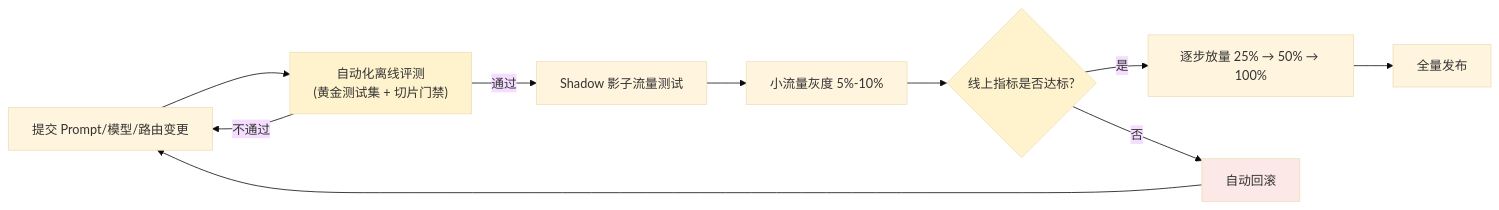
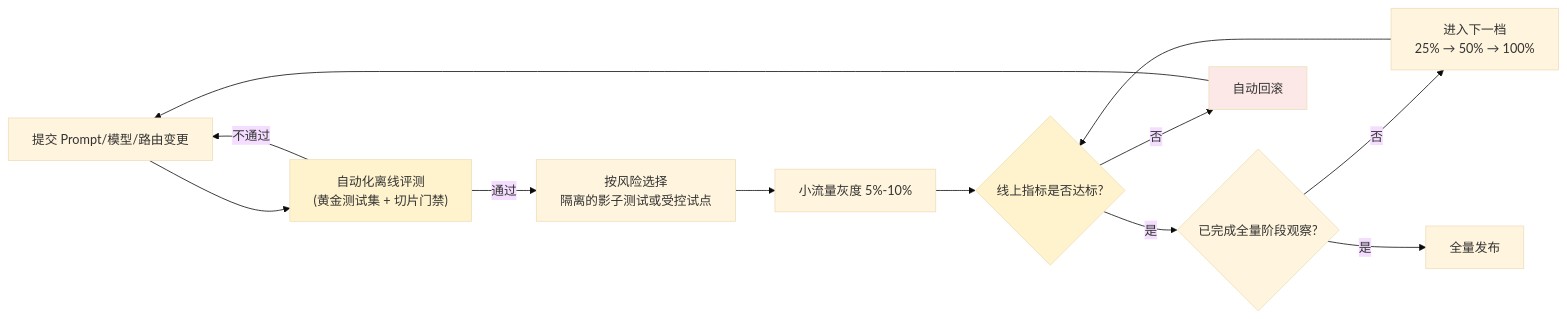
One commit to oneleaveknowsthefall/awesome-ai-roadmap changed the diagram in docs/engineering/05-release-pipeline/10-llm-cicd-canary-ab.md. Above: the diagram before and after it, drawn with Mermaid (base theme). The commit also changed other lines of this file and 27 other files, not shown here.

````diff
--- a/docs/engineering/05-release-pipeline/10-llm-cicd-canary-ab.md
+++ b/docs/engineering/05-release-pipeline/10-llm-cicd-canary-ab.md
@@ -11,16 +11,18 @@
 ```mermaid
 flowchart LR
     A["提交 Prompt/模型/路由变更"] --> B["自动化离线评测<br/>(黄金测试集 + 切片门禁)"]
     B -->|不通过| A
-    B -->|通过| C["Shadow 影子流量测试"]
+    B -->|通过| C["按风险选择<br/>隔离的影子测试或受控试点"]
     C --> D["小流量灰度 5%-10%"]
     D --> E{"线上指标是否达标?"}
-    E -->|是| F["逐步放量 25% → 50% → 100%"]
+    E -->|是| F{"已完成全量阶段观察?"}
     E -->|否| G["自动回滚"]
-    F --> H["全量发布"]
+    F -->|否| NEXT["进入下一档<br/>25% → 50% → 100%"]
+    NEXT --> E
+    F -->|是| H["全量发布"]
     G --> A
 
     style B fill:#fff3cd
     style E fill:#fff3cd
     style G fill:#fce8e6
 ```
````
